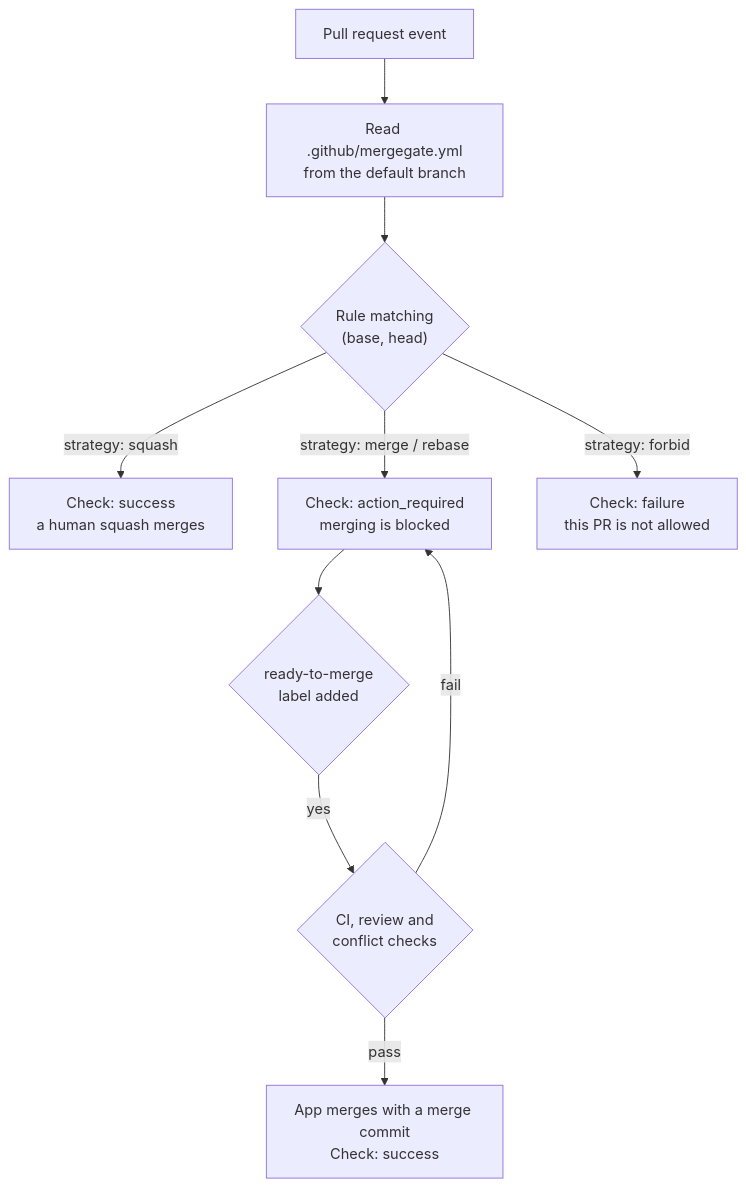
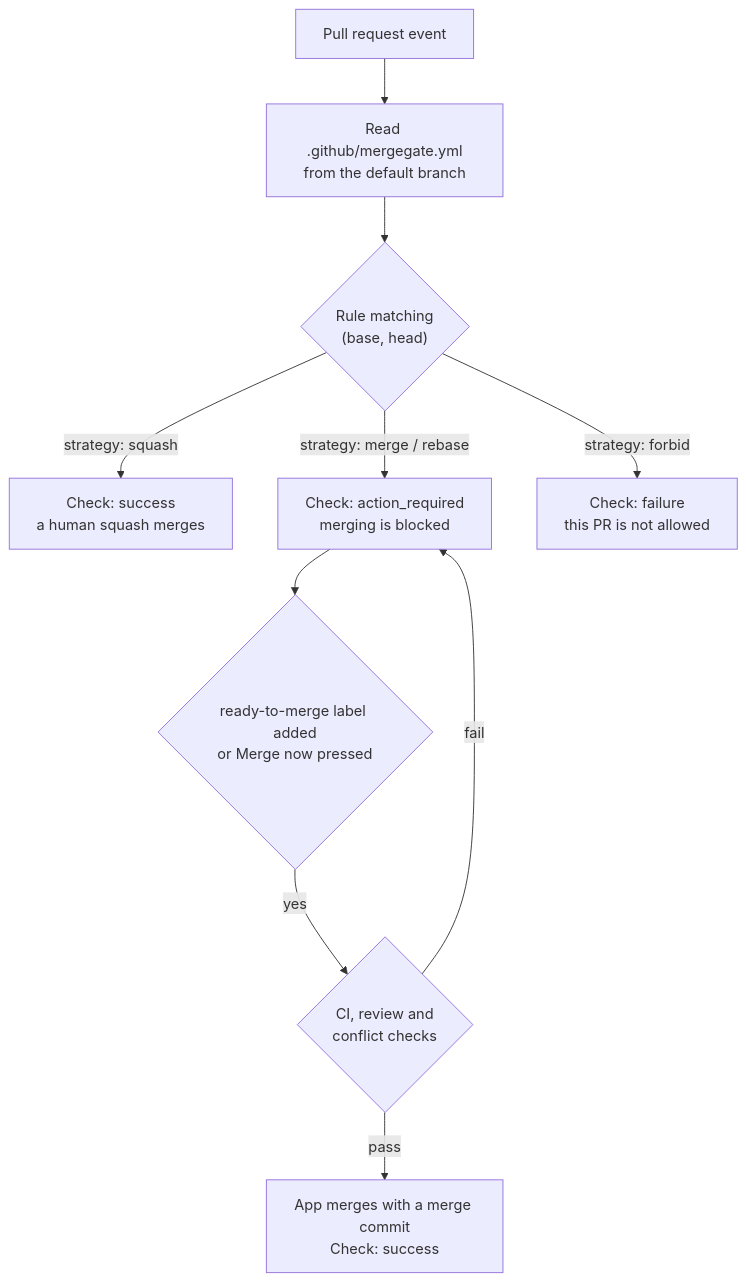
The first of 2 diagrams in README.md (siketyan/mergegate), drawn with Mermaid before and after one commit. The commit also changed other lines of this file and 17 other files, not shown here.

````diff
--- a/README.md
+++ b/README.md
@@ -87,12 +88,12 @@
 ```mermaid
 flowchart TD
     A["Pull request event"] --> B["Read .github/mergegate.yml<br/>from the default branch"]
     B --> C{"Rule matching<br/>(base, head)"}
     C -->|"strategy: squash"| D["Check: success<br/>a human squash merges"]
     C -->|"strategy: merge / rebase"| E["Check: action_required<br/>merging is blocked"]
     C -->|"strategy: forbid"| F["Check: failure<br/>this PR is not allowed"]
-    E --> G{"ready-to-merge<br/>label added"}
+    E --> G{"ready-to-merge label added<br/>or Merge now pressed"}
     G -->|"yes"| H{"CI, review and<br/>conflict checks"}
     H -->|"pass"| I["App merges with a merge commit<br/>Check: success"]
     H -->|"fail"| E
 ```
````
